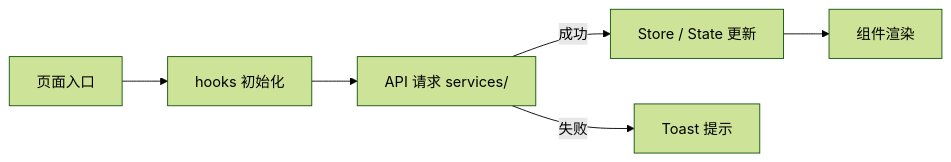
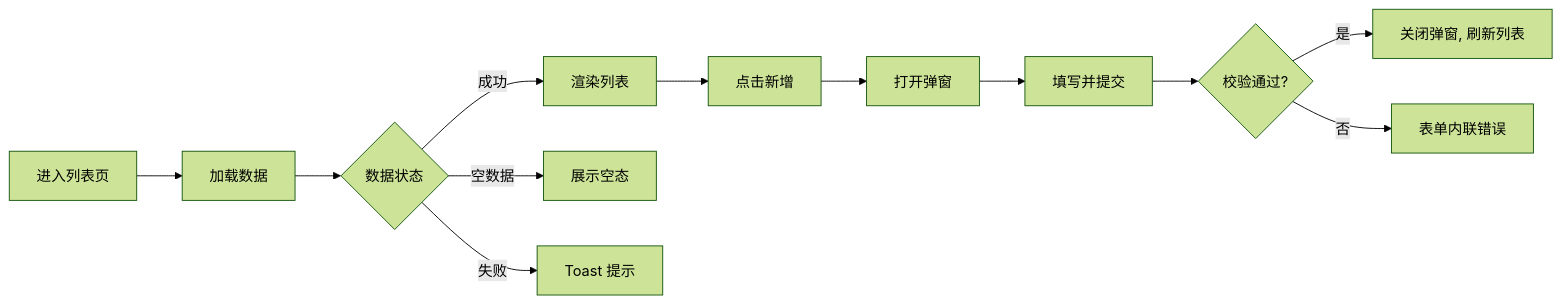
One commit to TomorrowLM/lm-skill changed the first of 2 diagrams in writing-doc/references/页面功能总结模板.md. Above: the diagram before and after it, drawn with Mermaid (forest theme). The commit also changed other lines of this file and 2 other files, not shown here.

````diff
--- a/writing-doc/references/页面功能总结模板.md
+++ b/writing-doc/references/页面功能总结模板.md
@@ -39,8 +56,14 @@
 ```mermaid
 flowchart LR
-    A[页面入口] --> B[hooks 初始化]
-    B --> C[API 请求 services/]
-    C -->|成功| D[Store / State 更新]
-    D --> E[组件渲染]
+    A[进入列表页] --> B[加载数据]
+    B --> C{数据状态}
+    C -->|成功| D[渲染列表]
+    C -->|空数据| E[展示空态]
     C -->|失败| F[Toast 提示]
+    D --> G[点击新增]
+    G --> H[打开弹窗]
+    H --> I[填写并提交]
+    I --> J{校验通过?}
+    J -->|是| K[关闭弹窗, 刷新列表]
+    J -->|否| L[表单内联错误]
 ```
````
